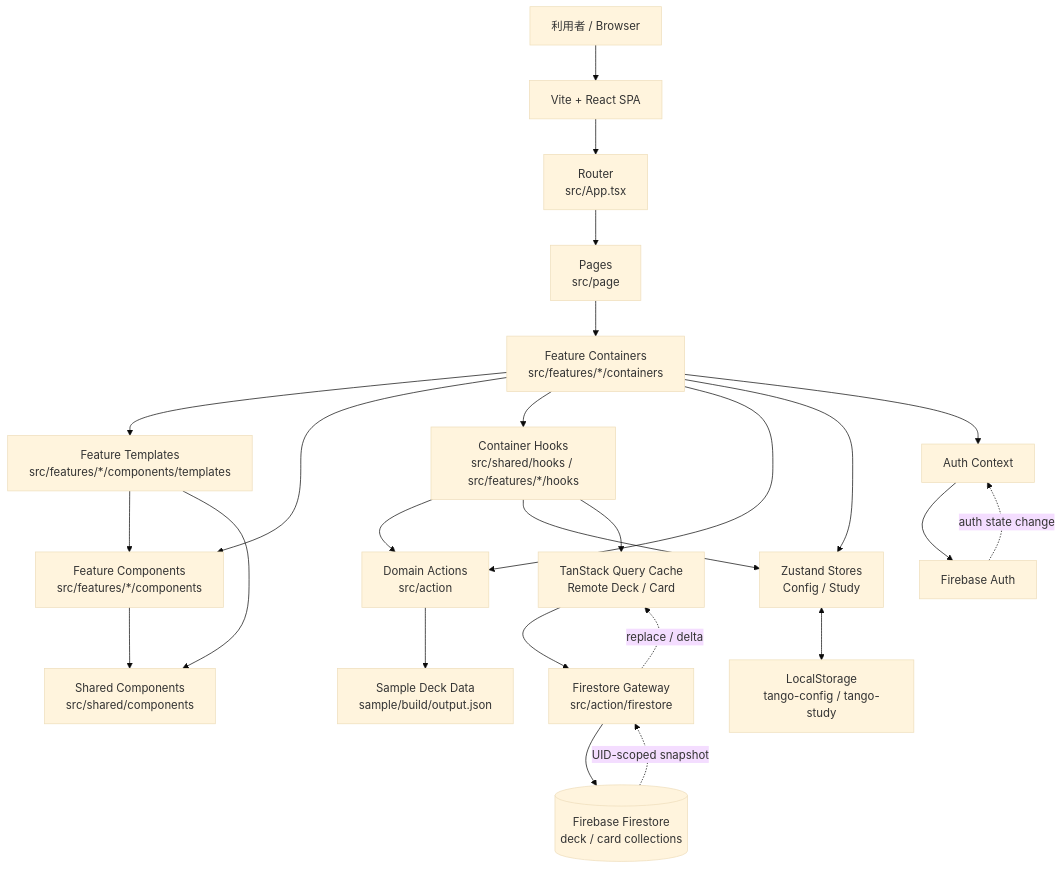
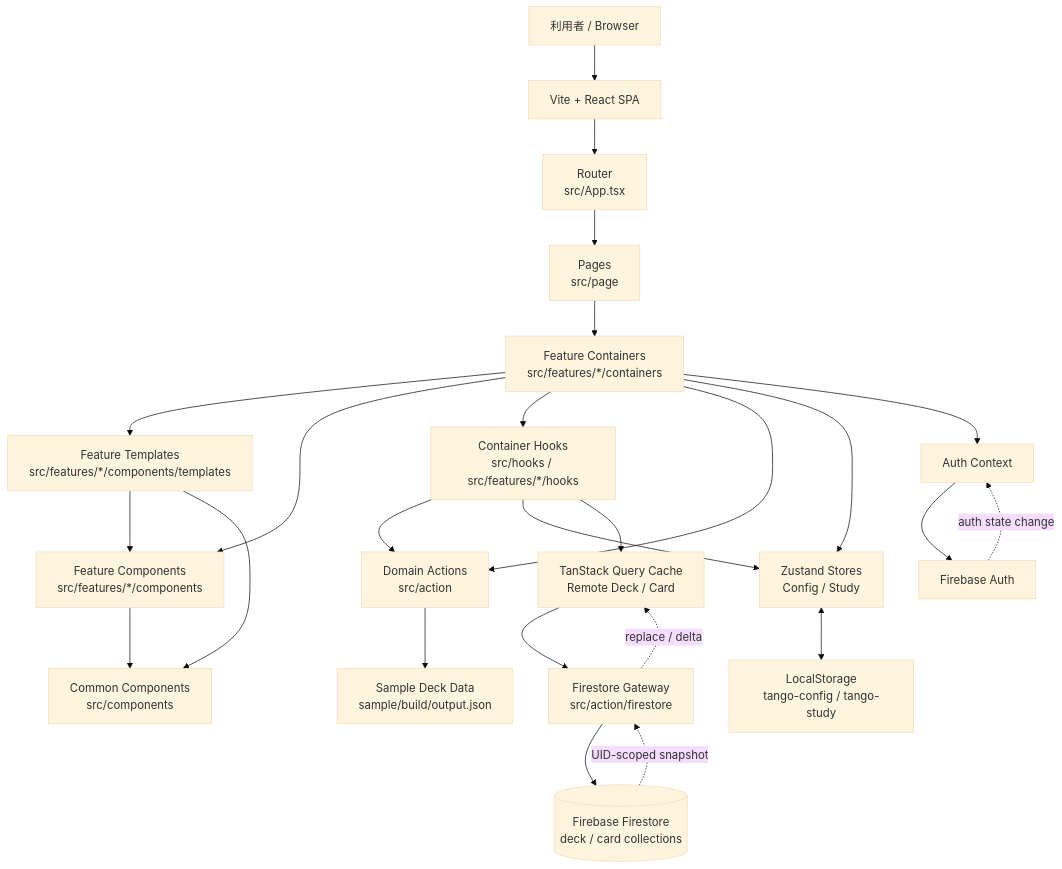
Before and after one commit to her0e1c1/tango: the diagram in docs/architecture.md, drawn with Mermaid (base theme). The commit also changed other lines of this file and 200 other files, not shown here.

````diff
--- a/docs/architecture.md
+++ b/docs/architecture.md
@@ -3,28 +3,28 @@
 ```mermaid
 flowchart TD
     U[利用者 / Browser] --> V[Vite + React SPA]
     V --> R[Router<br/>src/App.tsx]
     R --> P[Pages<br/>src/page]
     P --> C[Feature Containers<br/>src/features/*/containers]
     C --> T[Feature Templates<br/>src/features/*/components/templates]
     C --> FC[Feature Components<br/>src/features/*/components]
     T --> FC
-    T --> SC[Shared Components<br/>src/shared/components]
+    T --> SC[Common Components<br/>src/components]
     FC --> SC
 
-    C --> H[Container Hooks<br/>src/shared/hooks / src/features/*/hooks]
+    C --> H[Container Hooks<br/>src/hooks / src/features/*/hooks]
     C --> A[Domain Actions<br/>src/action]
     H --> A
     C --> Z[Zustand Stores<br/>Config / Study]
     H --> Z
     Z <--> L[LocalStorage<br/>tango-config / tango-study]
     A --> I[Sample Deck Data<br/>sample/build/output.json]
     C --> AC[Auth Context]
     AC --> AU[Firebase Auth]
     H --> Q[TanStack Query Cache<br/>Remote Deck / Card]
     Q --> F[Firestore Gateway<br/>src/action/firestore]
     F --> DB[(Firebase Firestore<br/>deck / card collections)]
     AU -. auth state change .-> AC
     DB -. UID-scoped snapshot .-> F
     F -. replace / delta .-> Q
 ```
````
